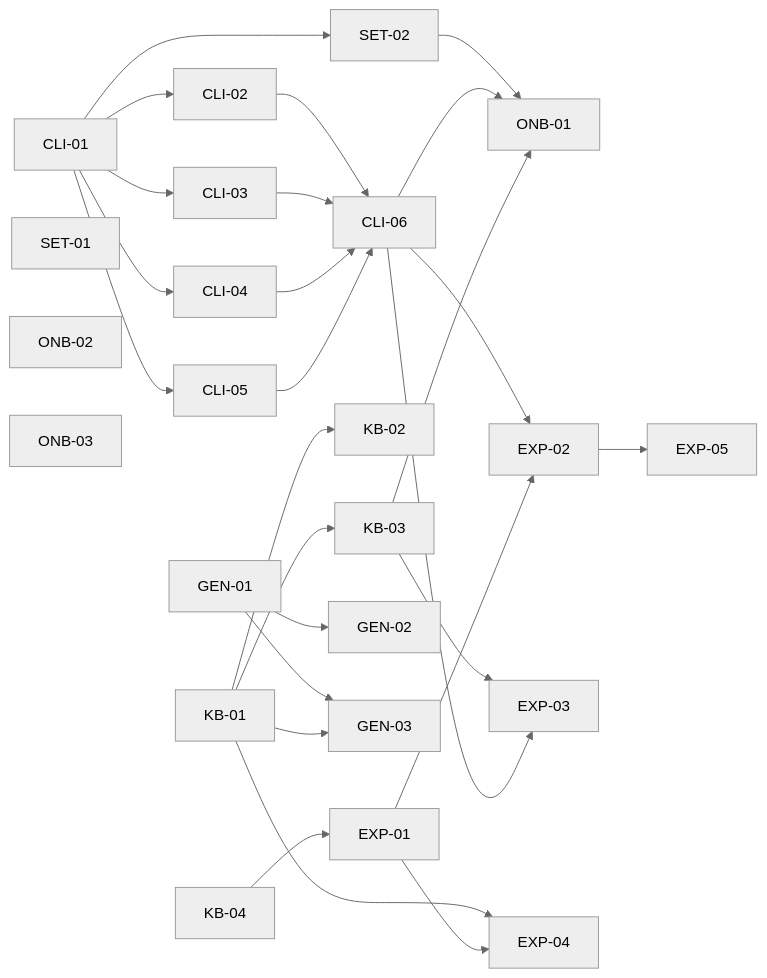
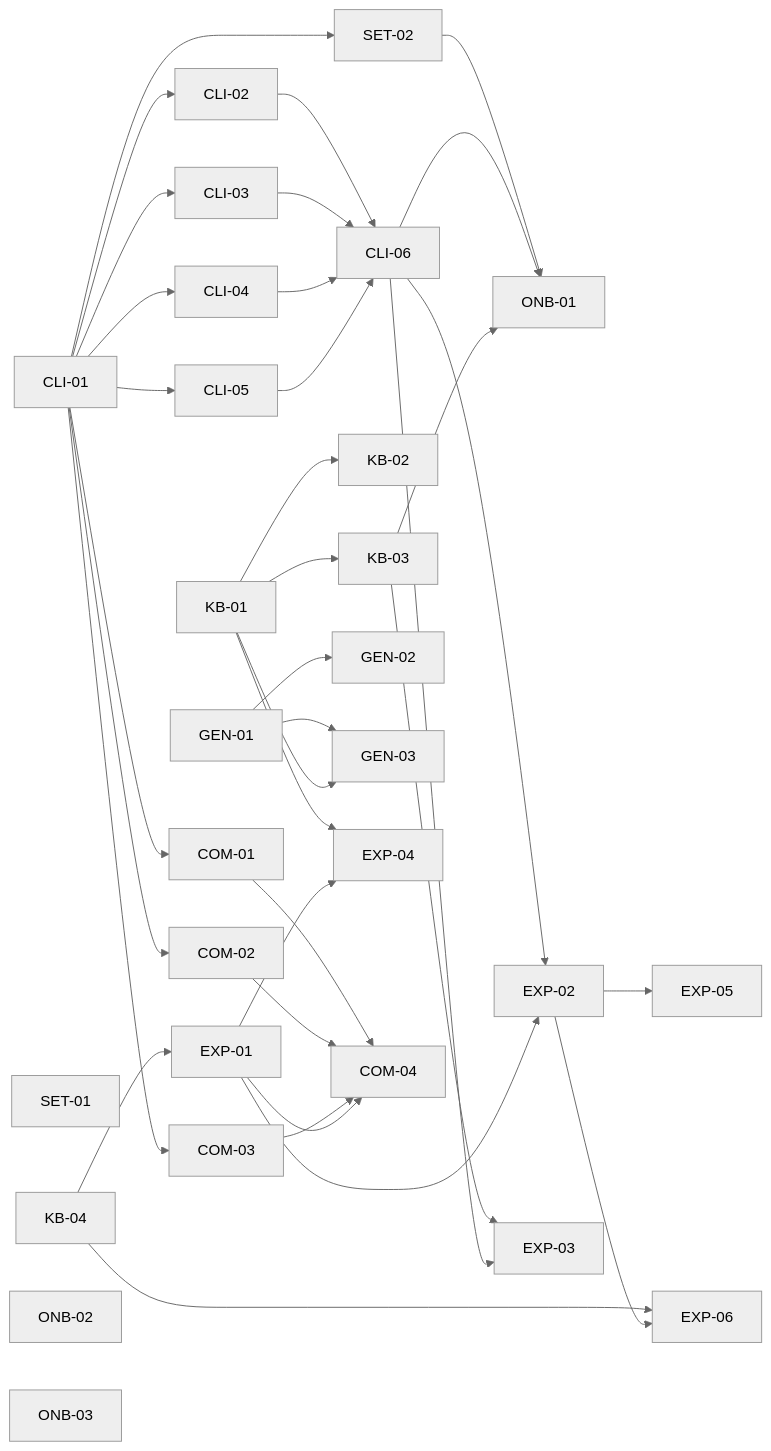
Before and after one commit to tombalabomba/rare-disease-compass: the diagram in dev/backlog/PLAN.md, drawn with Mermaid. The commit also changed other lines of this file and 5 other files, not shown here.

````diff
--- a/dev/backlog/PLAN.md
+++ b/dev/backlog/PLAN.md
@@ -65,33 +71,42 @@
 ```mermaid
 %%{init: {'theme': 'neutral'}}%%
 flowchart LR
   CLI01[CLI-01] --> CLI02[CLI-02]
   CLI01 --> CLI03[CLI-03]
   CLI01 --> CLI04[CLI-04]
   CLI01 --> CLI05[CLI-05]
   CLI02 --> CLI06[CLI-06]
   CLI03 --> CLI06
   CLI04 --> CLI06
   CLI05 --> CLI06
   CLI01 --> SET02[SET-02]
   SET01[SET-01]
   KB01[KB-01] --> KB02[KB-02]
   KB01 --> KB03[KB-03]
   KB04[KB-04]
   GEN01[GEN-01] --> GEN02[GEN-02]
   GEN01 --> GEN03[GEN-03]
   KB01 --> GEN03
   SET02 --> ONB01[ONB-01]
   CLI06 --> ONB01
   KB03 --> ONB01
   ONB02[ONB-02]
   ONB03[ONB-03]
   KB04 --> EXP01[EXP-01]
   CLI06 --> EXP02[EXP-02]
   EXP01 --> EXP02
   KB03 --> EXP03[EXP-03]
   CLI06 --> EXP03
   KB01 --> EXP04[EXP-04]
   EXP01 --> EXP04
   EXP02 --> EXP05[EXP-05]
+  KB04 --> EXP06[EXP-06]
+  EXP02 --> EXP06
+  CLI01 --> COM01[COM-01]
+  CLI01 --> COM02[COM-02]
+  CLI01 --> COM03[COM-03]
+  COM01 --> COM04[COM-04]
+  COM02 --> COM04
+  COM03 --> COM04
+  EXP01 --> COM04
 ```
````
